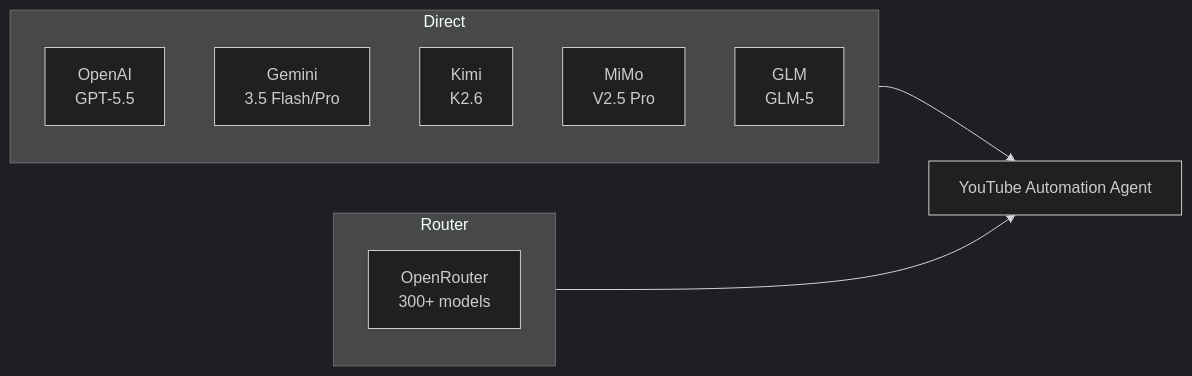
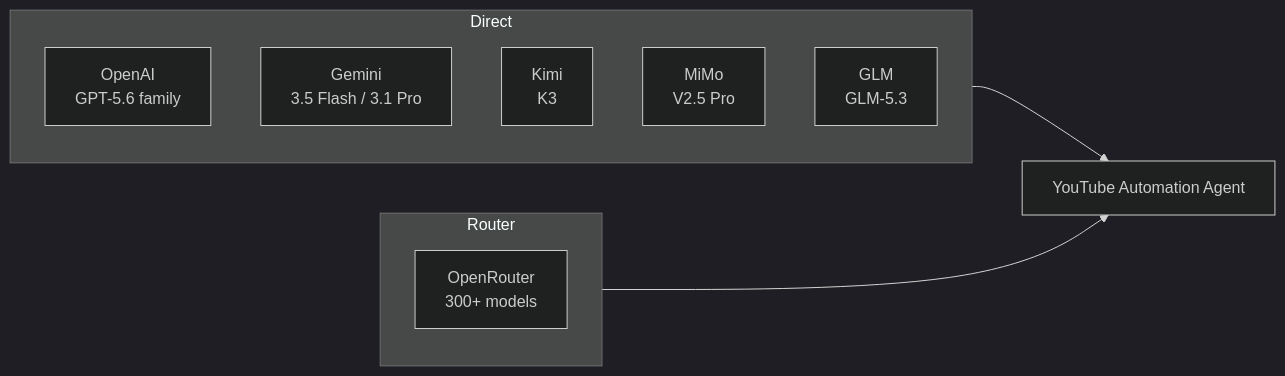
One commit to Abdul-Rehman745/youtube-automation-agent changed the second of 4 diagrams in README.md. Above: the diagram before and after it, drawn with Mermaid (dark theme). The commit also changed other lines of this file and 23 other files, not shown here.

````diff
--- a/README.md
+++ b/README.md
@@ -104,15 +88,15 @@
 ```mermaid
 graph LR
     subgraph Direct
-        OA[OpenAI<br/>GPT-5.5]
-        GM[Gemini<br/>3.5 Flash/Pro]
-        KM[Kimi<br/>K2.6]
+        OA[OpenAI<br/>GPT-5.6 family]
+        GM[Gemini<br/>3.5 Flash / 3.1 Pro]
+        KM[Kimi<br/>K3]
         MM[MiMo<br/>V2.5 Pro]
-        GL[GLM<br/>GLM-5]
+        GL[GLM<br/>GLM-5.3]
     end
     subgraph Router
         OR[OpenRouter<br/>300+ models]
     end
     Direct --> YAA[YouTube Automation Agent]
     Router --> YAA
 ```
````
